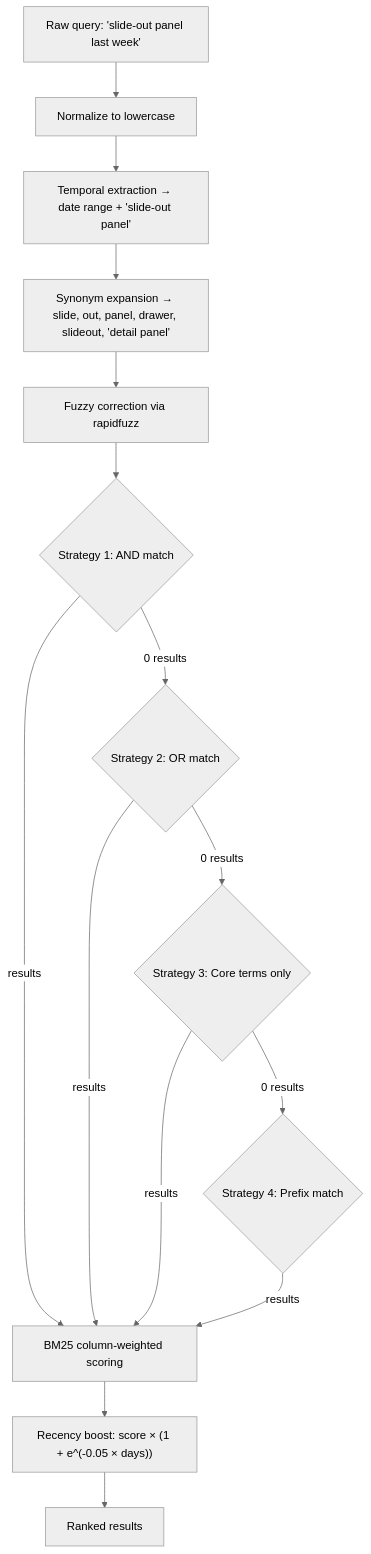
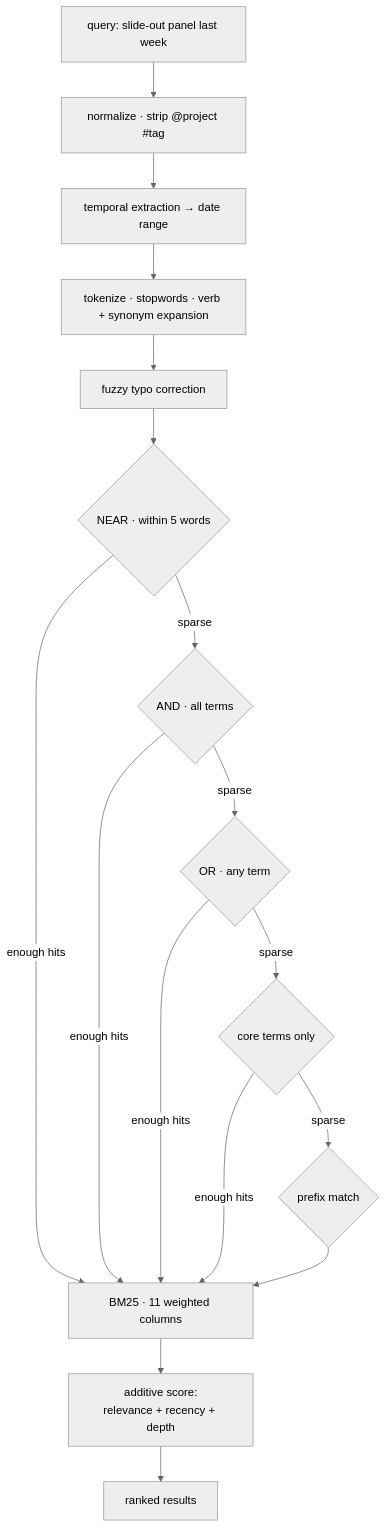
Before and after one commit to renchris/claude-session-search: the first of 2 diagrams in README.md, drawn with Mermaid (neutral theme). The commit also changed other lines of this file, not shown here.

````diff
--- a/README.md
+++ b/README.md
@@ -102,17 +196,19 @@
 ```mermaid
 flowchart TD
-    A["Raw query: 'slide-out panel last week'"] --> B[Normalize to lowercase]
-    B --> C["Temporal extraction → date range + 'slide-out panel'"]
-    C --> D["Synonym expansion → slide, out, panel, drawer, slideout, 'detail panel'"]
-    D --> E[Fuzzy correction via rapidfuzz]
-    E --> F{"Strategy 1: AND match"}
-    F -->|0 results| G{"Strategy 2: OR match"}
-    G -->|0 results| H{"Strategy 3: Core terms only"}
-    H -->|0 results| I{"Strategy 4: Prefix match"}
-    F -->|results| J[BM25 column-weighted scoring]
-    G -->|results| J
-    H -->|results| J
-    I -->|results| J
-    J --> K["Recency boost: score × (1 + e^(-0.05 × days))"]
-    K --> L[Ranked results]
+    A["query: slide-out panel last week"] --> B["normalize · strip @project #tag"]
+    B --> C["temporal extraction → date range"]
+    C --> D["tokenize · stopwords · verb + synonym expansion"]
+    D --> E["fuzzy typo correction"]
+    E --> F{"NEAR · within 5 words"}
+    F -->|sparse| G{"AND · all terms"}
+    G -->|sparse| H{"OR · any term"}
+    H -->|sparse| I{"core terms only"}
+    I -->|sparse| J{"prefix match"}
+    F -->|enough hits| K["BM25 · 11 weighted columns"]
+    G -->|enough hits| K
+    H -->|enough hits| K
+    I -->|enough hits| K
+    J --> K
+    K --> L["additive score:<br/>relevance + recency + depth"]
+    L --> M["ranked results"]
 ```
````
